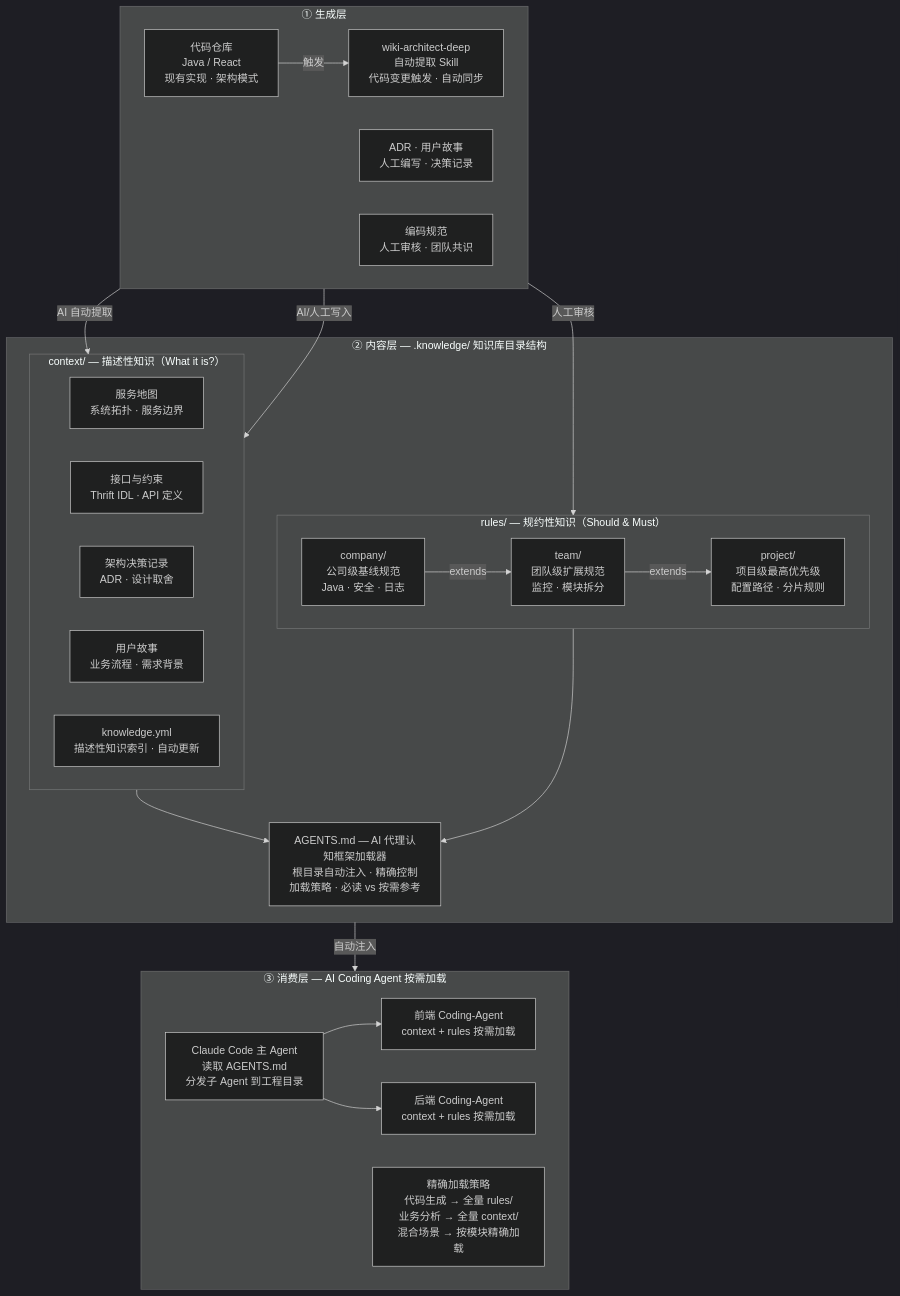
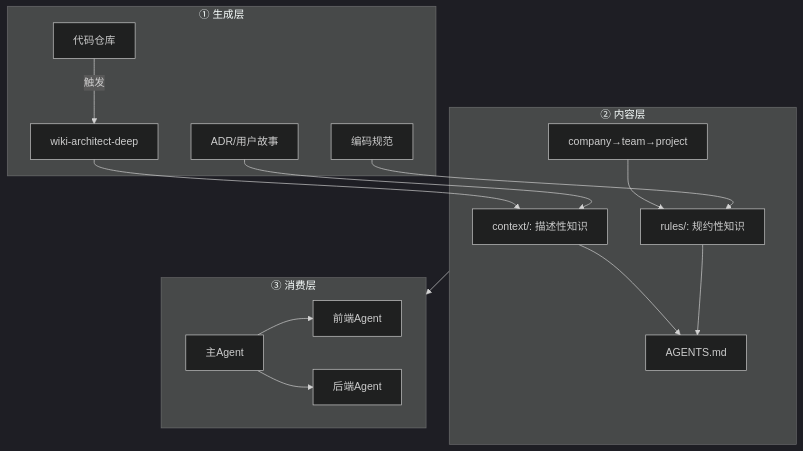
Before and after one commit to zlh-428/zlh-428: the third of 3 diagrams in ai-coding/ai-coding-fullstack.md, drawn with Mermaid (dark theme). The commit also changed other lines of this file, not shown here.

First line of the commit message:
🩹 fix: reduce Mermaid diagram size to fit GitHub rendering limit

````diff
--- a/ai-coding/ai-coding-fullstack.md
+++ b/ai-coding/ai-coding-fullstack.md
@@ -215,44 +205,24 @@
 ```mermaid
 flowchart TD
     subgraph GEN["① 生成层"]
-        direction LR
-        Repo["代码仓库\nJava / React\n现有实现 · 架构模式"] -->|触发| Wiki["wiki-architect-deep\n自动提取 Skill\n代码变更触发 · 自动同步"]
-        ADR["ADR · 用户故事\n人工编写 · 决策记录"]
-        Rules["编码规范\n人工审核 · 团队共识"]
+        Repo["代码仓库"] -->|触发| Wiki["wiki-architect-deep"]
+        ADR["ADR/用户故事"]
+        Rules["编码规范"]
     end
 
-    subgraph CONTENT["② 内容层 — .knowledge/ 知识库目录结构"]
-        subgraph CTX["context/ — 描述性知识（What it is?）"]
-            direction LR
-            C1["服务地图\n系统拓扑 · 服务边界"]
-            C2["接口与约束\nThrift IDL · API 定义"]
-            C3["架构决策记录\nADR · 设计取舍"]
-            C4["用户故事\n业务流程 · 需求背景"]
-            C5["knowledge.yml\n描述性知识索引 · 自动更新"]
-        end
-
-        subgraph RULES["rules/ — 规约性知识（Should & Must）"]
-            direction LR
-            R1["company/\n公司级基线规范\nJava · 安全 · 日志"] -->|extends| R2["team/\n团队级扩展规范\n监控 · 模块拆分"] -->|extends| R3["project/\n项目级最高优先级\n配置路径 · 分片规则"]
-        end
-
-        AGENTS["AGENTS.md — AI 代理认知框架加载器\n根目录自动注入 · 精确控制加载策略 · 必读 vs 按需参考"]
-        CTX --> AGENTS
-        RULES --> AGENTS
+    subgraph CONTENT["② 内容层"]
+        C1["context/: 描述性知识"] --> AGENTS["AGENTS.md"]
+        C2["rules/: 规约性知识"] --> AGENTS
+        C3["company→team→project"] --> C2
     end
 
-    subgraph CONSUME["③ 消费层 — AI Coding Agent 按需加载"]
-        direction LR
-        Main["Claude Code 主 Agent\n读取 AGENTS.md\n分发子 Agent 到工程目录"]
-        FEA["前端 Coding-Agent\ncontext + rules 按需加载"]
-        BEA["后端 Coding-Agent\ncontext + rules 按需加载"]
-        Strat["精确加载策略\n代码生成 → 全量 rules/\n业务分析 → 全量 context/\n混合场景 → 按模块精确加载"]
-        Main --> FEA
-        Main --> BEA
+    subgraph CONSUME["③ 消费层"]
+        Main["主Agent"] --> FEA["前端Agent"]
+        Main --> BEA["后端Agent"]
     end
 
-    Wiki -->|"AI 自动提取"| CTX
-    ADR -->|"AI/人工写入"| CTX
-    Rules -->|"人工审核"| RULES
-    CONTENT -->|"自动注入"| CONSUME
+    Wiki --> C1
+    ADR --> C1
+    Rules --> C2
+    CONTENT --> CONSUME
 ```
````
